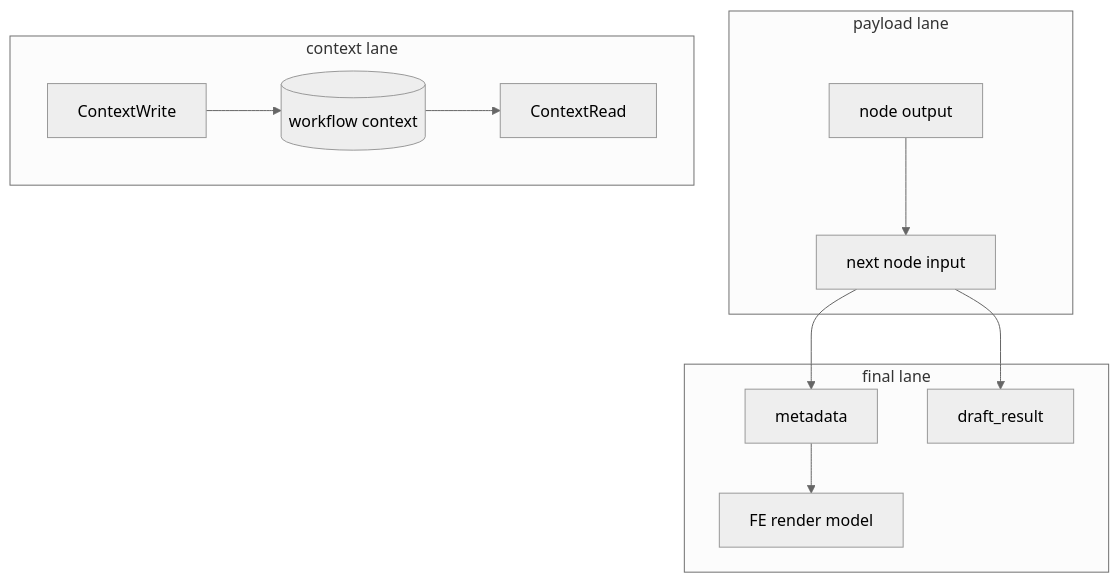
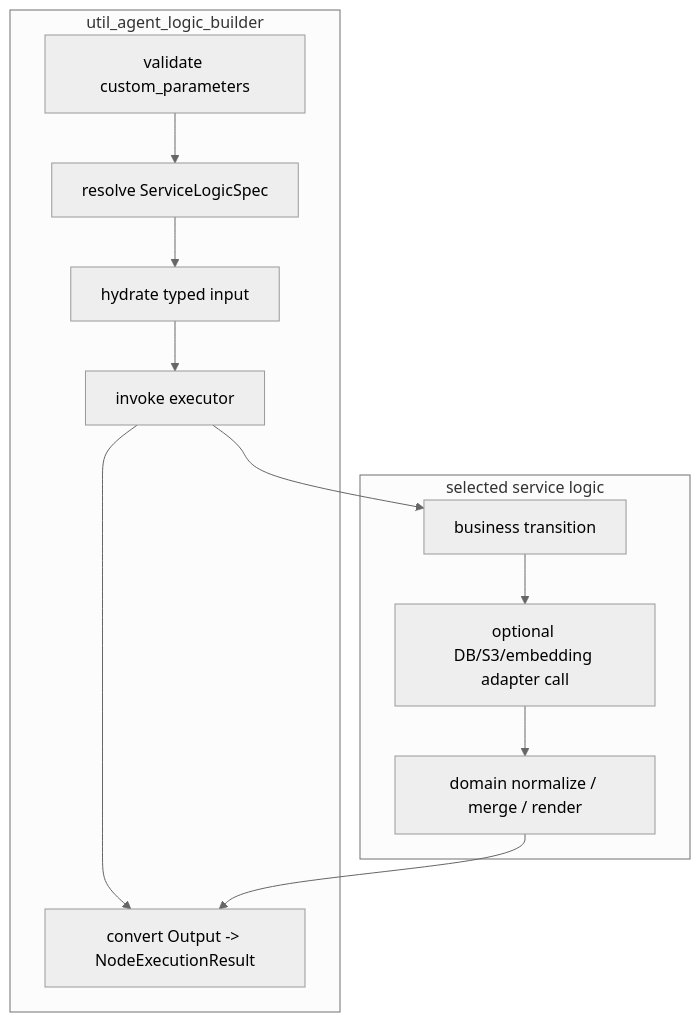
The second of 8 diagrams in README.md (djoo-lgcns/dotfiles), drawn with Mermaid (neutral theme) before and after one commit. The commit also changed other lines of this file, not shown here.

````diff
--- a/README.md
+++ b/README.md
@@ -61,26 +67,21 @@
 ```mermaid
 flowchart TB
-  subgraph Payload["payload lane"]
-    P1["node output"]
-    P2["next node input"]
-    P1 --> P2
+  subgraph GenericAgent["util_agent_logic_builder"]
+    G1["validate custom_parameters"]
+    G2["resolve ServiceLogicSpec"]
+    G3["hydrate typed input"]
+    G4["invoke executor"]
+    G5["convert Output -> NodeExecutionResult"]
+    G1 --> G2 --> G3 --> G4 --> G5
   end
 
-  subgraph Context["context lane"]
-    C1[("workflow context")]
-    C2["ContextRead"]
-    C3["ContextWrite"]
-    C1 --> C2
-    C3 --> C1
+  subgraph SelectedLogic["selected service logic"]
+    L1["business transition"]
+    L2["optional DB/S3/embedding adapter call"]
+    L3["domain normalize / merge / render"]
+    L1 --> L2 --> L3
   end
 
-  subgraph Final["final lane"]
-    F1["metadata"]
-    F2["draft_result"]
-    F3["FE render model"]
-  end
-
-  P2 --> F1
-  P2 --> F2
-  F1 --> F3
+  G4 --> L1
+  L3 --> G5
 ```
````
